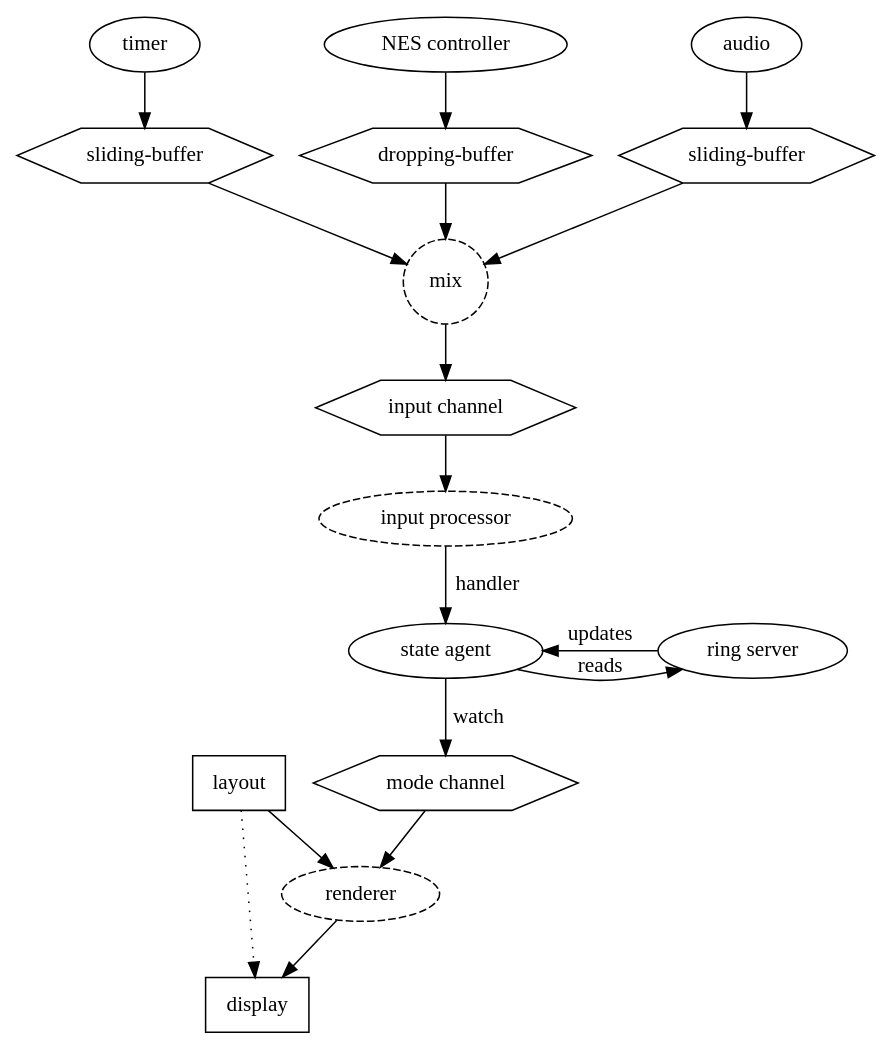
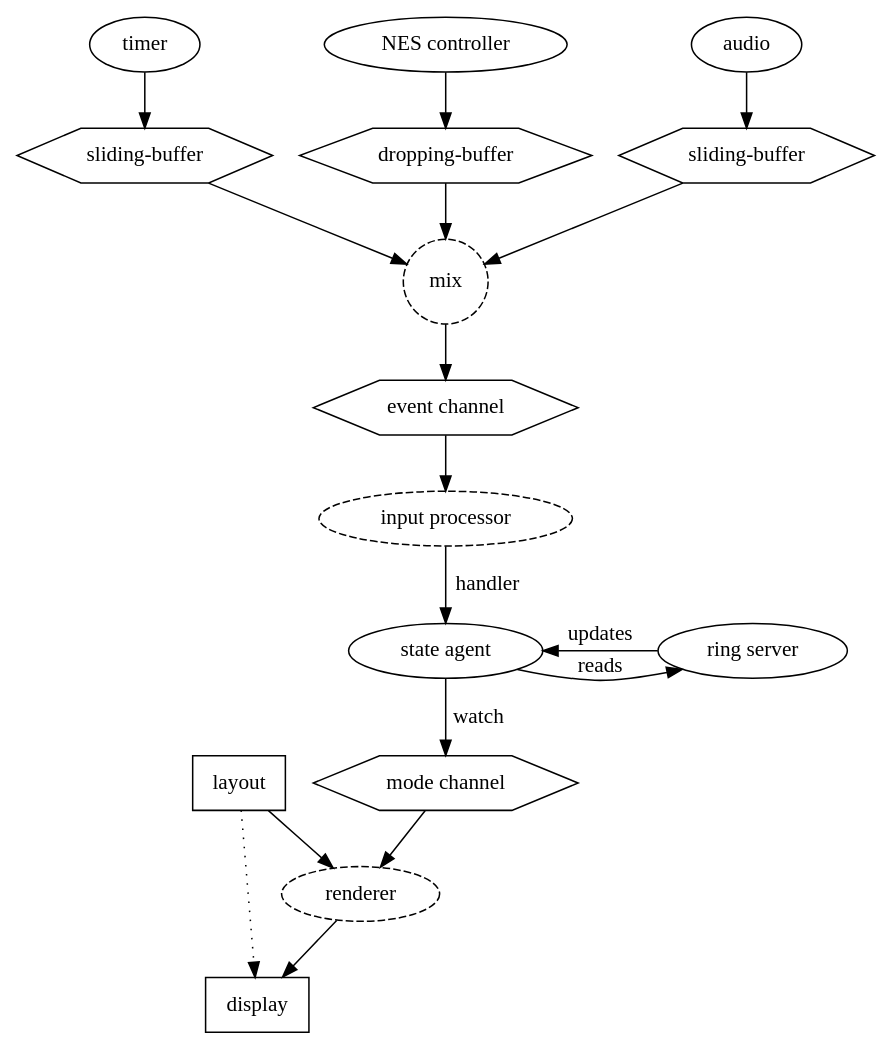
One commit to playasophy/wonderdome changed the diagram in doc/system-processes.dot. Above: the diagram before and after it, drawn with Graphviz. The commit also changed 2 other files, not shown here.

```diff
--- a/doc/system-processes.dot
+++ b/doc/system-processes.dot
@@ -1,54 +1,54 @@
 // Wonderdome system graph
 
 digraph wonderdome_components {
     node [shape=ellipse];
 
     // Basic components
     layout [shape=box];
     display [shape=box];
     layout -> display [style=dotted];
 
     {
         rank = same;
 
         // Agent
         state_agent [label="state agent"];
 
         // Web server
         ring_server [label="ring server"];
         state_agent -> ring_server [label="reads"];
         ring_server -> state_agent [label="updates"];
     }
 
     // Rendering process
     render_channel [label="mode channel",shape=hexagon];
     render_process [label="renderer",style=dashed];
     render_channel -> render_process;
     layout -> render_process -> display;
     state_agent -> render_channel [label="watch"];
 
     // Input channel
     input_mix [label="mix",shape=circle,style=dashed];
-    input_channel [label="input channel",shape=hexagon];
-    input_mix -> input_channel;
+    event_channel [label="event channel",shape=hexagon];
+    input_mix -> event_channel;
 
     // Timer input
     timer_input [label="timer"];
     timer_buffer [label="sliding-buffer",shape=hexagon];
     timer_input -> timer_buffer -> input_mix;
 
     // Button input
     button_input [label="NES controller"];
     button_buffer [label="dropping-buffer",shape=hexagon];
     button_input -> button_buffer -> input_mix;
 
     // Audio input
     audio_input [label="audio"];
     audio_buffer [label="sliding-buffer",shape=hexagon];
     audio_input -> audio_buffer -> input_mix;
 
     // Input processor
     input_processor [label="input processor",style=dashed];
-    input_channel -> input_processor;
+    event_channel -> input_processor;
     input_processor -> state_agent [label="handler"];
 }
```
